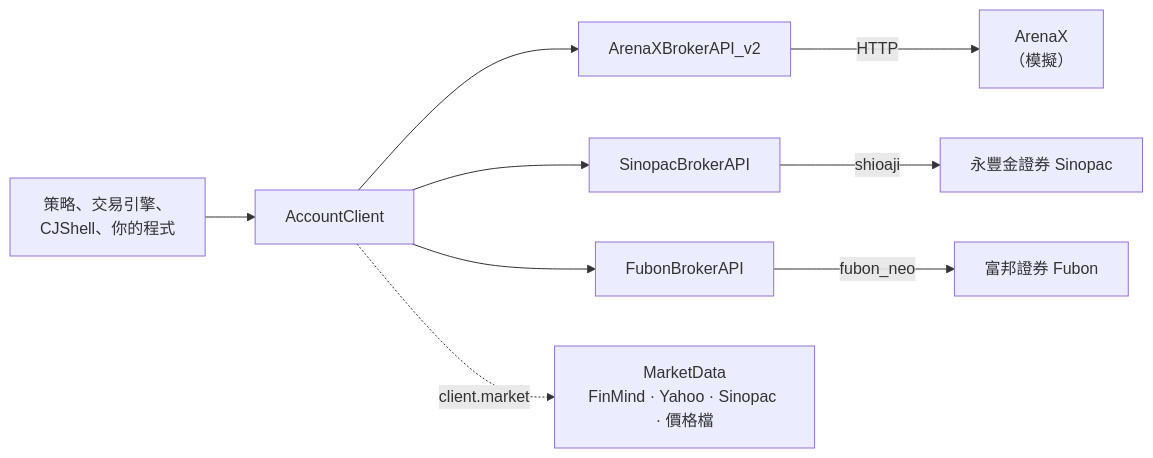
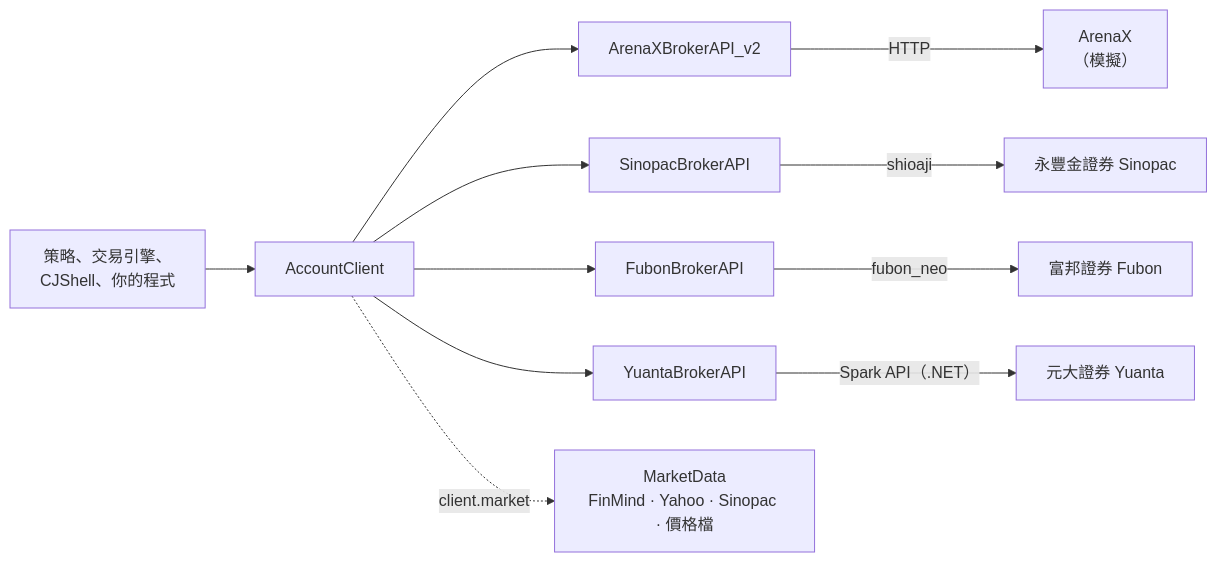
One commit to jackiesogi/CJTrade changed the diagram in doc/get-started/live-brokers.zh-TW.md. Above: the diagram before and after it, drawn with Mermaid. The commit also changed other lines of this file and 27 other files, not shown here.

````diff
--- a/doc/get-started/live-brokers.zh-TW.md
+++ b/doc/get-started/live-brokers.zh-TW.md
@@ -5,8 +8,9 @@
 ```mermaid
 flowchart LR
     Code["策略、交易引擎、<br/>CJShell、你的程式"] --> AC["AccountClient"]
     AC --> AX["ArenaXBrokerAPI_v2"] -- "HTTP" --> AXS["ArenaX<br/>（模擬）"]
     AC --> SP["SinopacBrokerAPI"] -- "shioaji" --> SPS["永豐金證券 Sinopac"]
     AC --> FB["FubonBrokerAPI"] -- "fubon_neo" --> FBS["富邦證券 Fubon"]
+    AC --> YT["YuantaBrokerAPI"] -- "Spark API（.NET）" --> YTS["元大證券 Yuanta"]
     AC -. "client.market" .-> MD["MarketData<br/>FinMind · Yahoo · Sinopac · 價格檔"]
 ```
````
